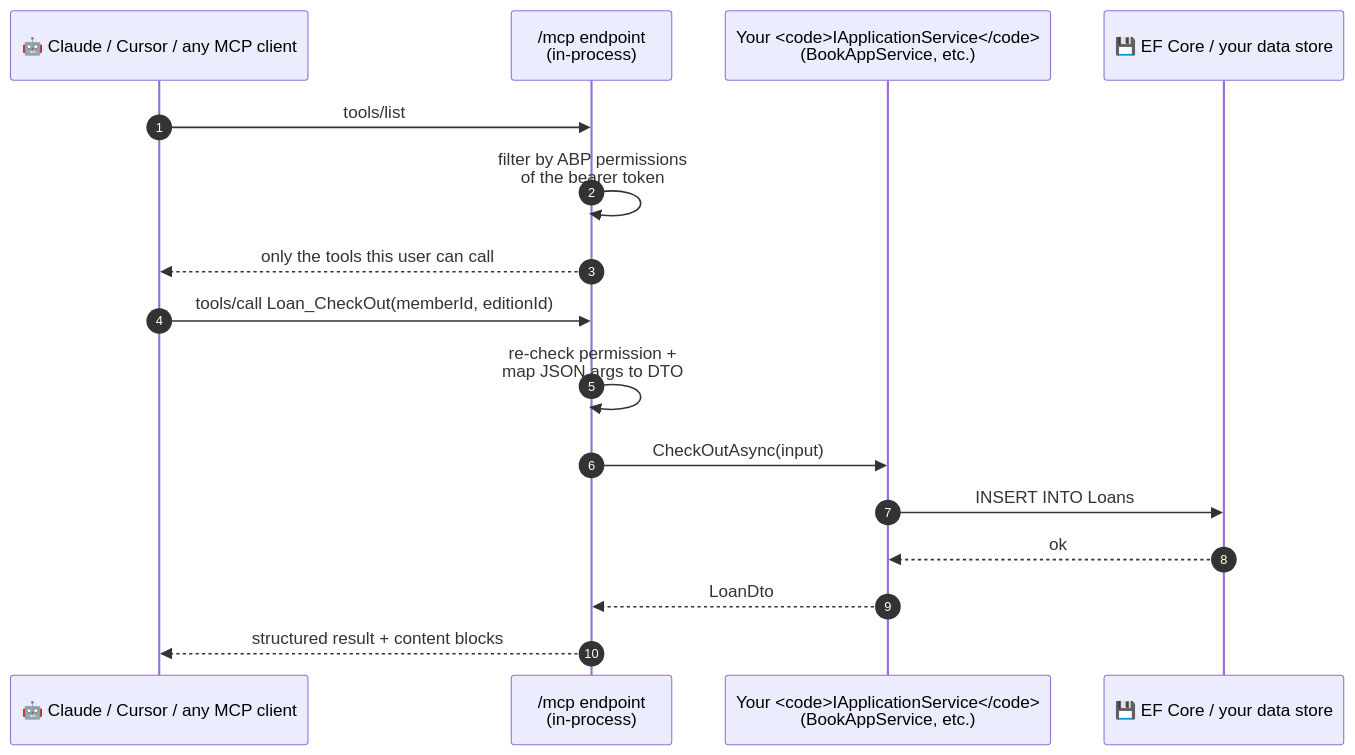
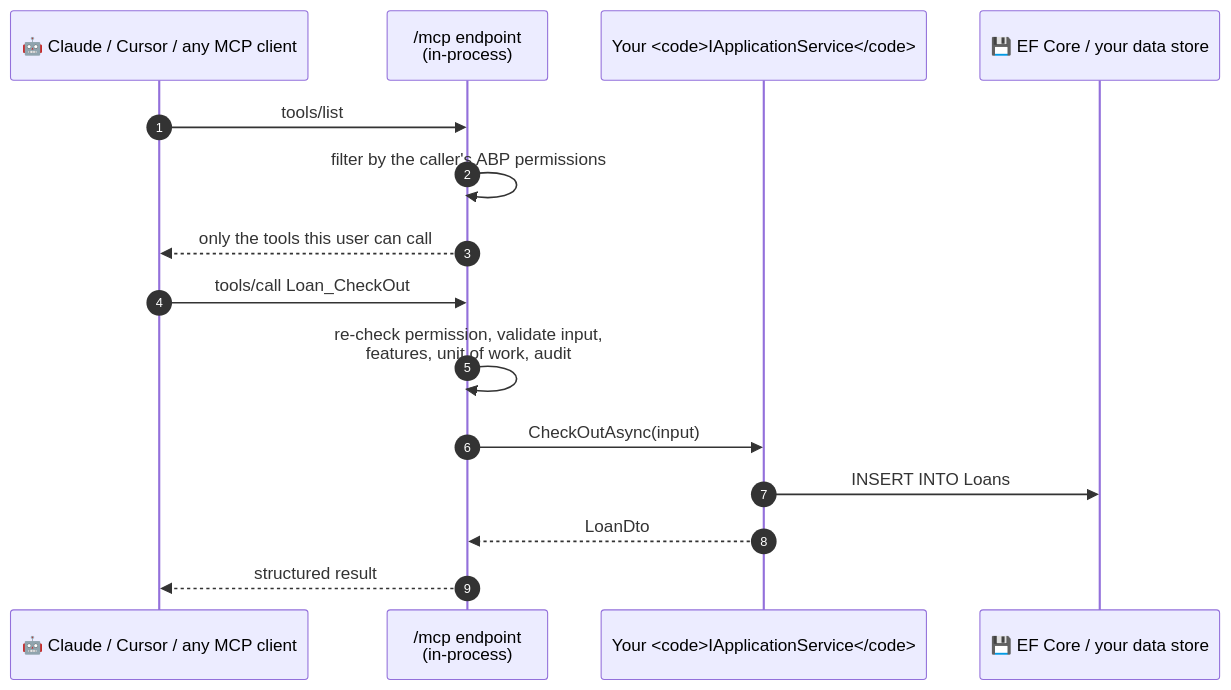
The diagram in README.md (tekthar/abp-mcp), drawn with Mermaid before and after one commit. The commit also changed other lines of this file and 7 other files, not shown here.

````diff
--- a/README.md
+++ b/README.md
@@ -11,20 +235,19 @@
 ```mermaid
 sequenceDiagram
     autonumber
     participant Agent as 🤖 Claude / Cursor / any MCP client
     participant MCP as /mcp endpoint<br/>(in-process)
-    participant Service as Your <code>IApplicationService</code><br/>(BookAppService, etc.)
+    participant Service as Your <code>IApplicationService</code>
     participant DB as 💾 EF Core / your data store
 
     Agent->>MCP: tools/list
-    MCP->>MCP: filter by ABP permissions<br/>of the bearer token
+    MCP->>MCP: filter by the caller's ABP permissions
     MCP-->>Agent: only the tools this user can call
 
-    Agent->>MCP: tools/call Loan_CheckOut(memberId, editionId)
-    MCP->>MCP: re-check permission +<br/>map JSON args to DTO
+    Agent->>MCP: tools/call Loan_CheckOut
+    MCP->>MCP: re-check permission, validate input,<br/>features, unit of work, audit
     MCP->>Service: CheckOutAsync(input)
     Service->>DB: INSERT INTO Loans
-    DB-->>Service: ok
     Service-->>MCP: LoanDto
-    MCP-->>Agent: structured result + content blocks
+    MCP-->>Agent: structured result
 ```
````
